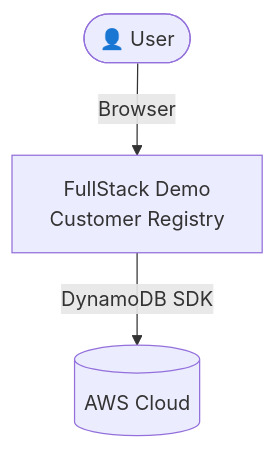
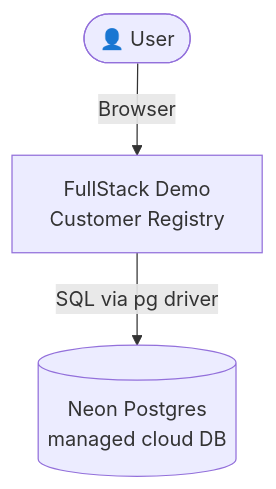
Before and after one commit to fredman08/fullstack-demo: the first of 4 diagrams in docs/architecture.md, drawn with Mermaid. The commit also changed other lines of this file and 40 other files, not shown here.

````diff
--- a/docs/architecture.md
+++ b/docs/architecture.md
@@ -5,9 +5,9 @@
 ```mermaid
 graph TB
     User([👤 User])
-    System[FullStack Demo\nCustomer Registry]
-    AWS[(AWS Cloud)]
+    System[FullStack Demo<br/>Customer Registry]
+    Cloud[(Neon Postgres<br/>managed cloud DB)]
 
     User -->|Browser| System
-    System -->|DynamoDB SDK| AWS
+    System -->|SQL via pg driver| Cloud
 ```
````
